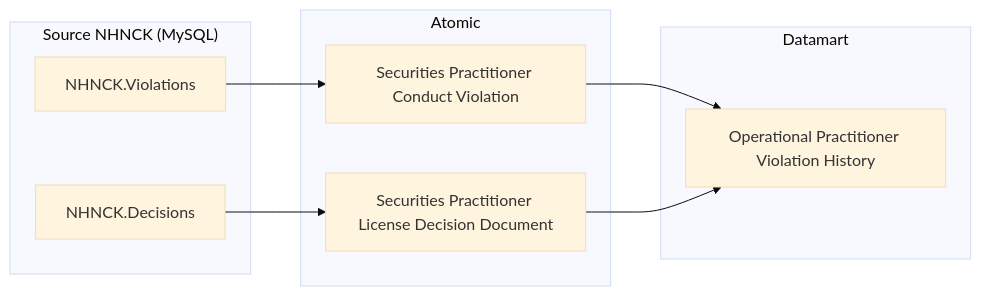
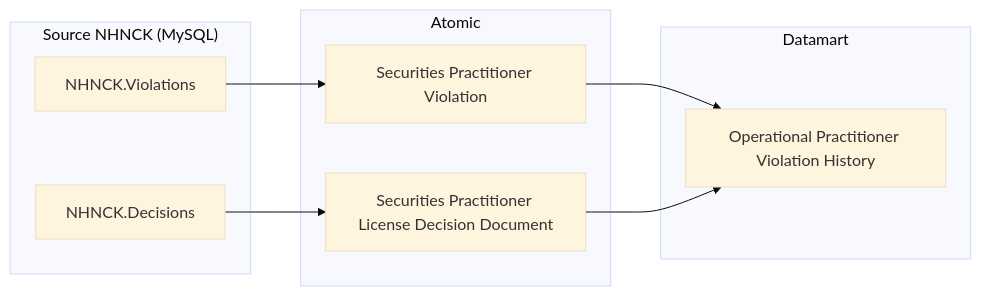
Before and after one commit to linhlvit/ubck_atomic_design: the eighth of 40 diagrams in Datamart/hld/DTM_NHNCK_HLD.md, drawn with Mermaid (base theme). The commit also changed other lines of this file and 8 other files, not shown here.

````diff
--- a/Datamart/hld/DTM_NHNCK_HLD.md
+++ b/Datamart/hld/DTM_NHNCK_HLD.md
@@ -262,22 +262,22 @@
 ```mermaid
 flowchart LR
     subgraph SRC["Source NHNCK (MySQL)"]
         S1["NHNCK.Violations"]
         S2["NHNCK.Decisions"]
     end
 
     subgraph SIL["Atomic"]
-        SV1["Securities Practitioner Conduct Violation"]
+        SV1["Securities Practitioner Violation"]
         SV2["Securities Practitioner License Decision Document"]
     end
 
     subgraph Datamart["Datamart"]
         G1["Operational Practitioner Violation History"]
     end
 
     S1 --> SV1
     S2 --> SV2
 
     SV1 --> G1
     SV2 --> G1
 ```
````
